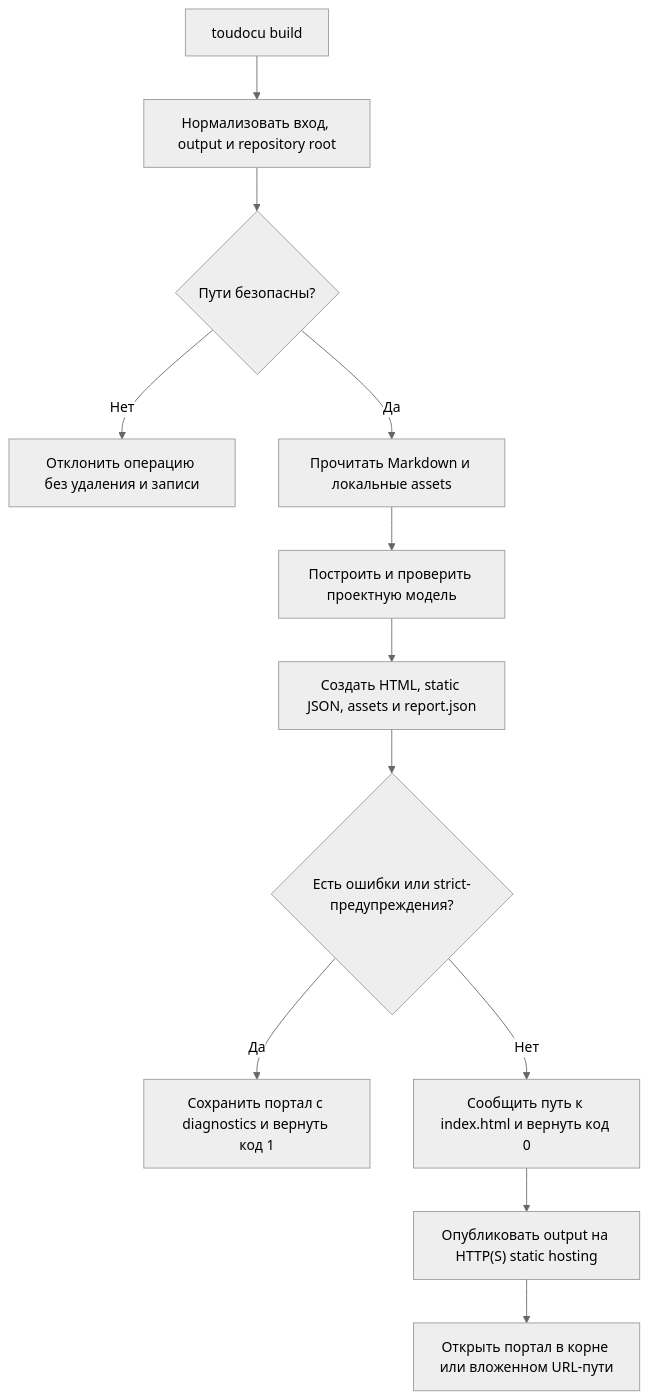
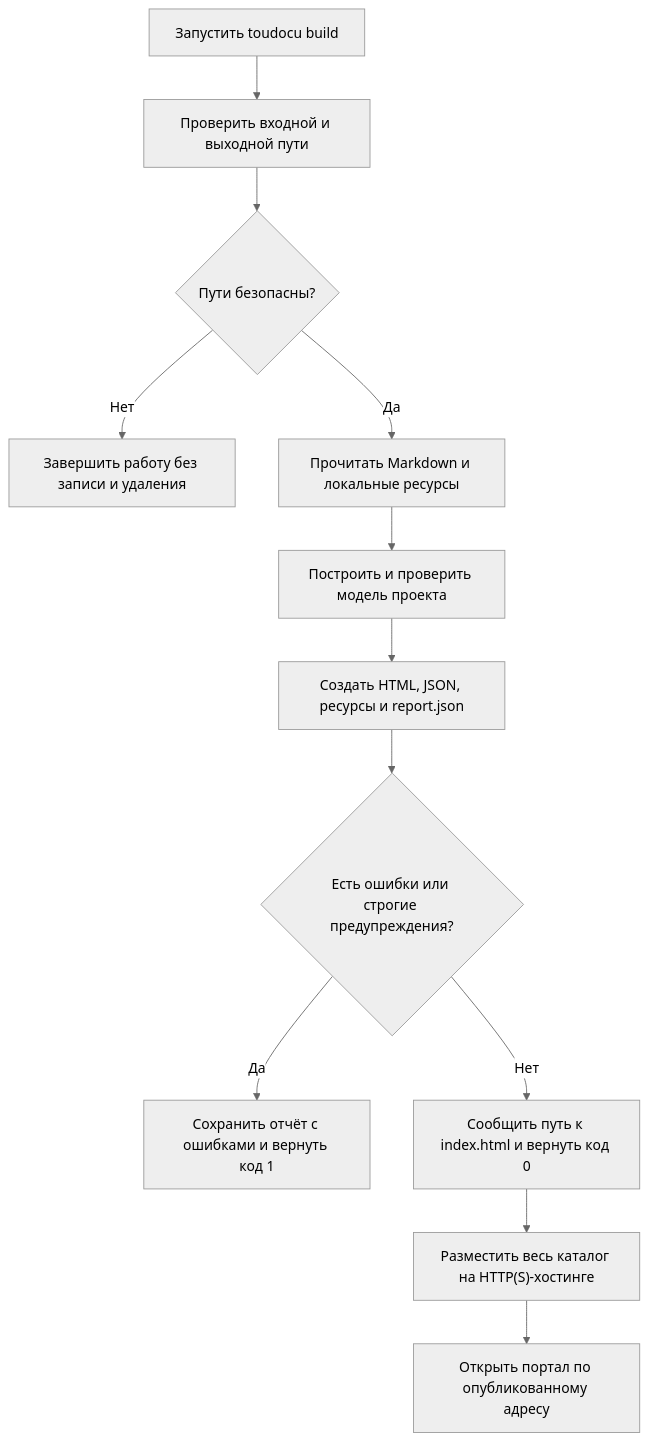
Before and after one commit to lumenikoly/toudocu: the diagram in docs/flows/FLOW-DOCS-BUILD.md, drawn with Mermaid (neutral theme). The commit also changed other lines of this file and 418 other files, not shown here.

````diff
--- a/docs/flows/FLOW-DOCS-BUILD.md
+++ b/docs/flows/FLOW-DOCS-BUILD.md
@@ -14,14 +14,14 @@
 ```mermaid
 flowchart TD
-    Start["toudocu build"] --> Resolve["Нормализовать вход, output и repository root"]
+    Start["Запустить toudocu build"] --> Resolve["Проверить входной и выходной пути"]
     Resolve --> Safe{"Пути безопасны?"}
-    Safe -->|Нет| Reject["Отклонить операцию без удаления и записи"]
-    Safe -->|Да| Read["Прочитать Markdown и локальные assets"]
-    Read --> Model["Построить и проверить проектную модель"]
-    Model --> Generate["Создать HTML, static JSON, assets и report.json"]
-    Generate --> Result{"Есть ошибки или strict-предупреждения?"}
-    Result -->|Да| Failed["Сохранить портал с diagnostics и вернуть код 1"]
+    Safe -->|Нет| Reject["Завершить работу без записи и удаления"]
+    Safe -->|Да| Read["Прочитать Markdown и локальные ресурсы"]
+    Read --> Model["Построить и проверить модель проекта"]
+    Model --> Generate["Создать HTML, JSON, ресурсы и report.json"]
+    Generate --> Result{"Есть ошибки или строгие предупреждения?"}
+    Result -->|Да| Failed["Сохранить отчёт с ошибками и вернуть код 1"]
     Result -->|Нет| Ready["Сообщить путь к index.html и вернуть код 0"]
-    Ready --> Publish["Опубликовать output на HTTP(S) static hosting"]
-    Publish --> Open["Открыть портал в корне или вложенном URL-пути"]
+    Ready --> Publish["Разместить весь каталог на HTTP(S)-хостинге"]
+    Publish --> Open["Открыть портал по опубликованному адресу"]
 ```
````
